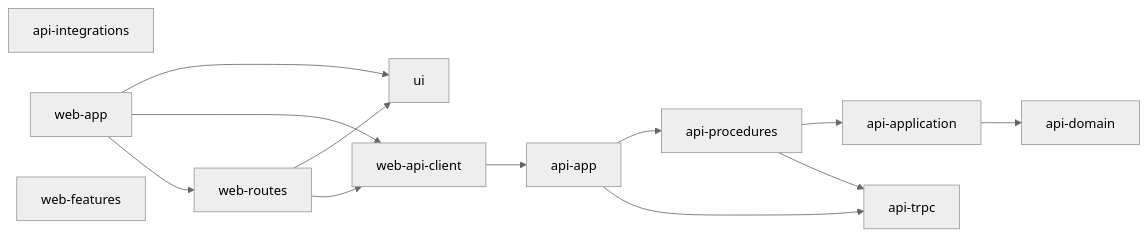
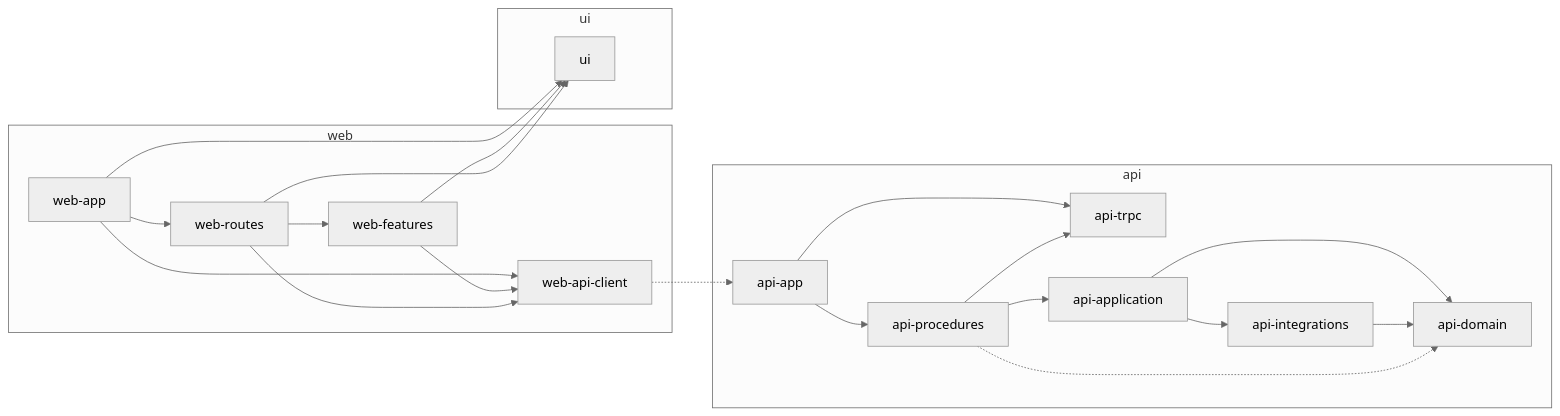
The diagram in docs/architecture/roles.mmd (BenSheridanEdwards/AgenticRepoTemplate), drawn with Mermaid (neutral theme) before and after one commit. The commit also changed 8 other files, not shown here.

First line of the commit message:
feat(architecture): generate the canonical role diagram and one diagram per result

```diff
--- a/docs/architecture/roles.mmd
+++ b/docs/architecture/roles.mmd
@@ -1,24 +1,36 @@
-%% Generated by `pnpm arch:diagram` from .fallowrc.jsonc. Edit the rules file, not this file.
+%% Generated by tooling/architecture/diagram.mjs (pnpm arch:diagram): every role and allowed direction in .fallowrc.jsonc. Do not edit.
 flowchart LR
-  api_app["api-app"]
-  api_application["api-application"]
-  api_domain["api-domain"]
-  api_integrations["api-integrations"]
-  api_procedures["api-procedures"]
-  api_trpc["api-trpc"]
-  ui["ui"]
-  web_api_client["web-api-client"]
-  web_app["web-app"]
-  web_features["web-features"]
-  web_routes["web-routes"]
+  subgraph kind_web["web"]
+    web_app["web-app"]
+    web_api_client["web-api-client"]
+    web_routes["web-routes"]
+    web_features["web-features"]
+  end
+  subgraph kind_api["api"]
+    api_app["api-app"]
+    api_trpc["api-trpc"]
+    api_procedures["api-procedures"]
+    api_application["api-application"]
+    api_domain["api-domain"]
+    api_integrations["api-integrations"]
+  end
+  subgraph kind_ui["ui"]
+    ui["ui"]
+  end
   api_app --> api_procedures
   api_app --> api_trpc
   api_application --> api_domain
+  api_application --> api_integrations
+  api_integrations --> api_domain
   api_procedures --> api_application
+  api_procedures -.-> api_domain
   api_procedures --> api_trpc
-  web_api_client --> api_app
+  web_api_client -.-> api_app
   web_app --> ui
   web_app --> web_api_client
   web_app --> web_routes
+  web_features --> ui
+  web_features --> web_api_client
   web_routes --> ui
   web_routes --> web_api_client
+  web_routes --> web_features
```
